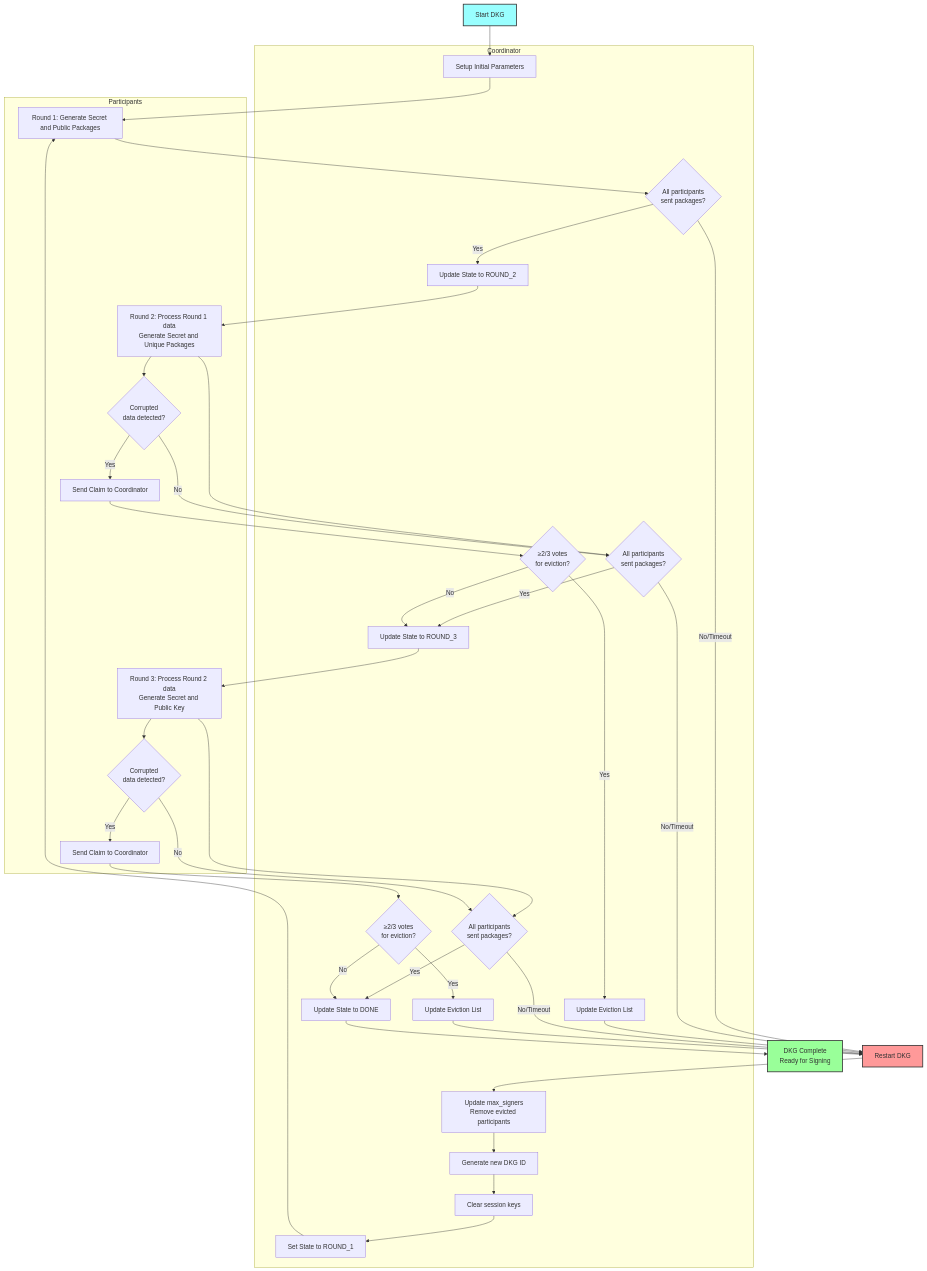
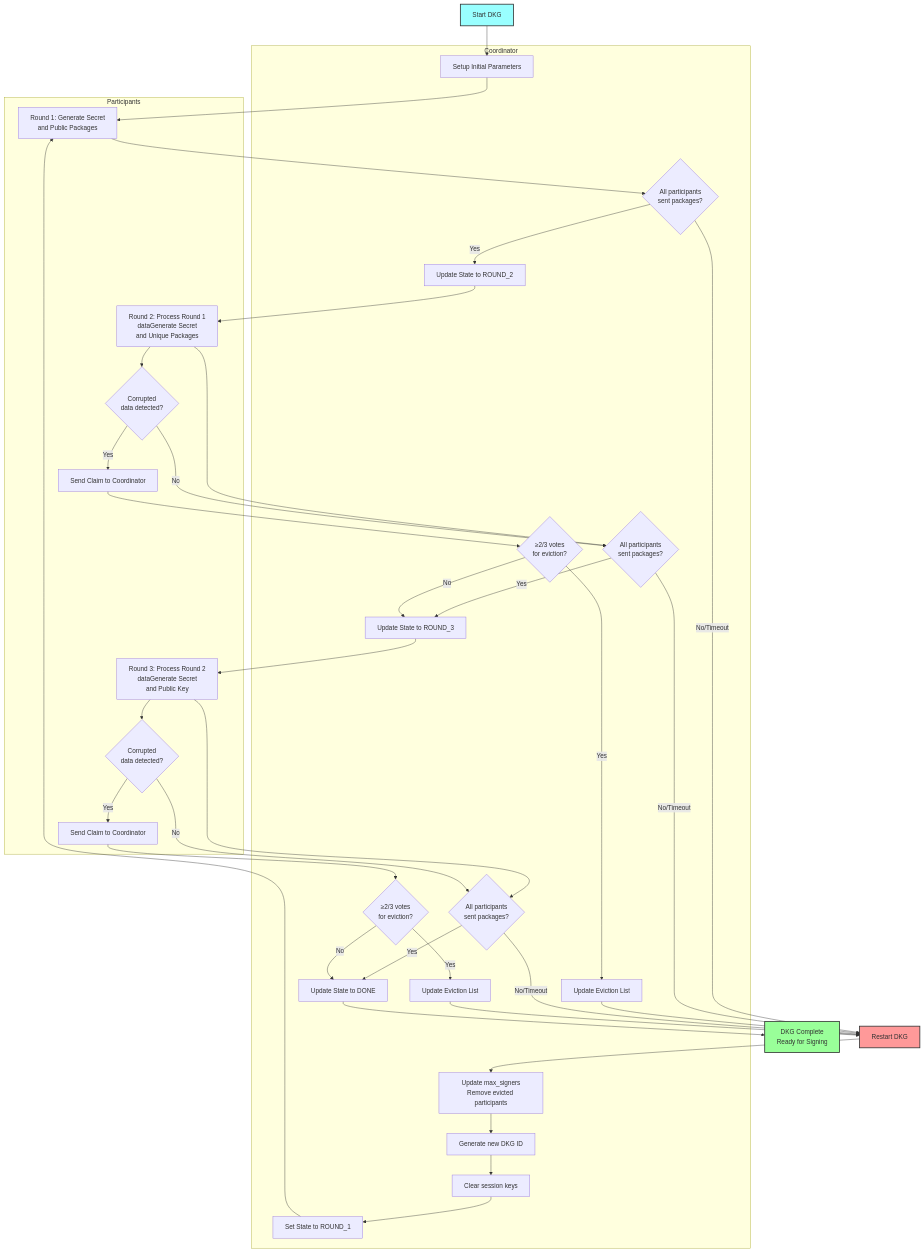
The first of 3 diagrams in oracle/Oracle.md (RSquad/ton-teleport-btc-periphery), drawn with Mermaid before and after one commit. The commit also changed other lines of this file, not shown here.

Commit message:
fix diagrams

````diff
--- a/oracle/Oracle.md
+++ b/oracle/Oracle.md
@@ -97,75 +97,75 @@
 ```mermaid
 flowchart TD
     Start[Start DKG] --> Init[Setup Initial Parameters]
-    Init --> Round1[Round 1: Generate Secret and Public Packages]
+    Init --> Round1[Round 1: Generate Secret<br>and Public Packages]
     
-    Round1 --> CheckR1{All participants\nsent packages?}
+    Round1 --> CheckR1{All participants<br>sent packages?}
     CheckR1 -- Yes --> StateR2[Update State to ROUND_2]
     CheckR1 -- No/Timeout --> Restart[Restart DKG]
     
-    StateR2 --> Round2[Round 2: Process Round 1 data\nGenerate Secret and Unique Packages]
-    Round2 --> CheckR2{All participants\nsent packages?}
+    StateR2 --> Round2[Round 2: Process Round 1<br>dataGenerate Secret<br>and Unique Packages]
+    Round2 --> CheckR2{All participants<br>sent packages?}
     CheckR2 -- Yes --> StateR3[Update State to ROUND_3]
     CheckR2 -- No/Timeout --> Restart
     
-    Round2 --> Corrupt2{Corrupted\ndata detected?}
+    Round2 --> Corrupt2{Corrupted<br>data detected?}
     Corrupt2 -- Yes --> Claim2[Send Claim to Coordinator]
-    Claim2 --> VoteCheck2{≥2/3 votes\nfor eviction?}
+    Claim2 --> VoteCheck2{≥2/3 votes<br>for eviction?}
     VoteCheck2 -- Yes --> UpdateEvict2[Update Eviction List]
     UpdateEvict2 --> Restart
     VoteCheck2 -- No --> StateR3
     Corrupt2 -- No --> CheckR2
     
-    StateR3 --> Round3[Round 3: Process Round 2 data\nGenerate Secret and Public Key]
-    Round3 --> CheckR3{All participants\nsent packages?}
+    StateR3 --> Round3[Round 3: Process Round 2<br>dataGenerate Secret<br>and Public Key]
+    Round3 --> CheckR3{All participants<br>sent packages?}
     CheckR3 -- Yes --> StateDone[Update State to DONE]
     CheckR3 -- No/Timeout --> Restart
     
-    Round3 --> Corrupt3{Corrupted\ndata detected?}
+    Round3 --> Corrupt3{Corrupted<br>data detected?}
     Corrupt3 -- Yes --> Claim3[Send Claim to Coordinator]
-    Claim3 --> VoteCheck3{≥2/3 votes\nfor eviction?}
+    Claim3 --> VoteCheck3{≥2/3 votes<br>for eviction?}
     VoteCheck3 -- Yes --> UpdateEvict3[Update Eviction List]
     UpdateEvict3 --> Restart
     VoteCheck3 -- No --> StateDone
     Corrupt3 -- No --> CheckR3
     
-    StateDone --> Complete[DKG Complete\nReady for Signing]
+    StateDone --> Complete[DKG Complete<br>Ready for Signing]
     
-    Restart --> UpdateMaxSigners[Update max_signers\nRemove evicted participants]
+    Restart --> UpdateMaxSigners[Update max_signers<br>Remove evicted participants]
     UpdateMaxSigners --> ResetID[Generate new DKG ID]
     ResetID --> ClearKeys[Clear session keys]
     ClearKeys --> StateR1[Set State to ROUND_1]
     StateR1 --> Round1
 
     subgraph "Coordinator"
         Init
         StateR1
         StateR2
         StateR3
         StateDone
         UpdateEvict2
         UpdateEvict3
         UpdateMaxSigners
         ResetID
         ClearKeys
         VoteCheck2
         VoteCheck3
         CheckR1
         CheckR2
         CheckR3
     end
 
     subgraph "Participants"
         Round1
         Round2
         Round3
         Corrupt2
         Corrupt3
         Claim2
         Claim3
     end
 
     style Start fill:#9ff,stroke:#333,stroke-width:2px
     style Complete fill:#9f9,stroke:#333,stroke-width:2px
     style Restart fill:#f99,stroke:#333,stroke-width:2px
 ```
````
